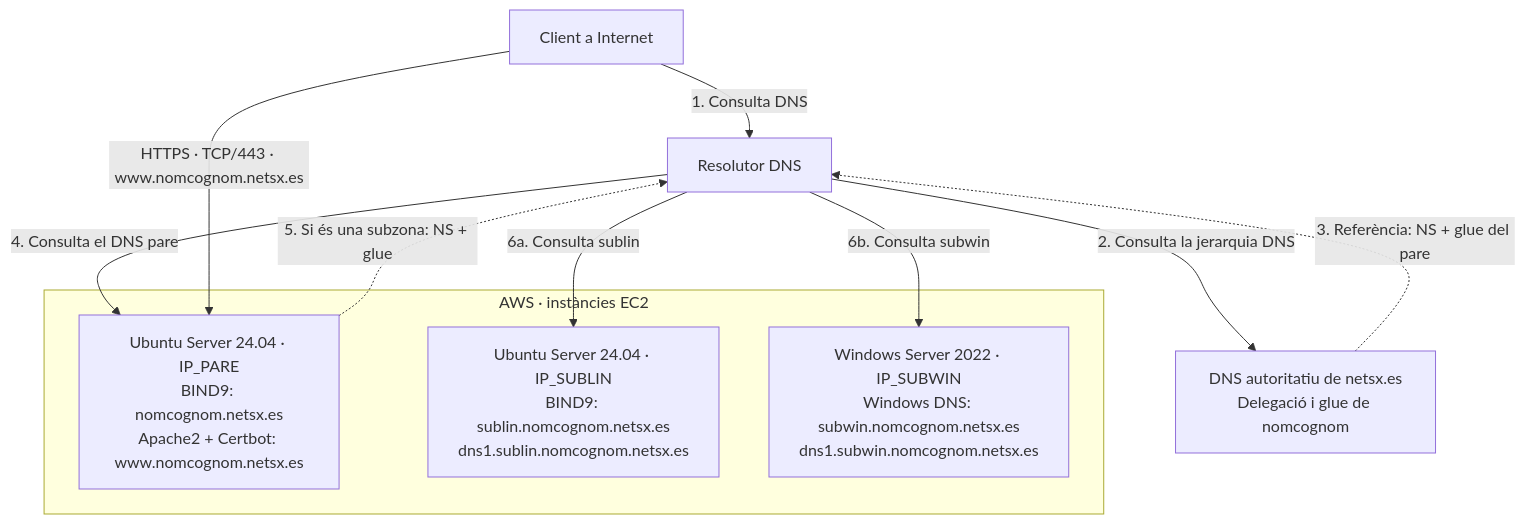
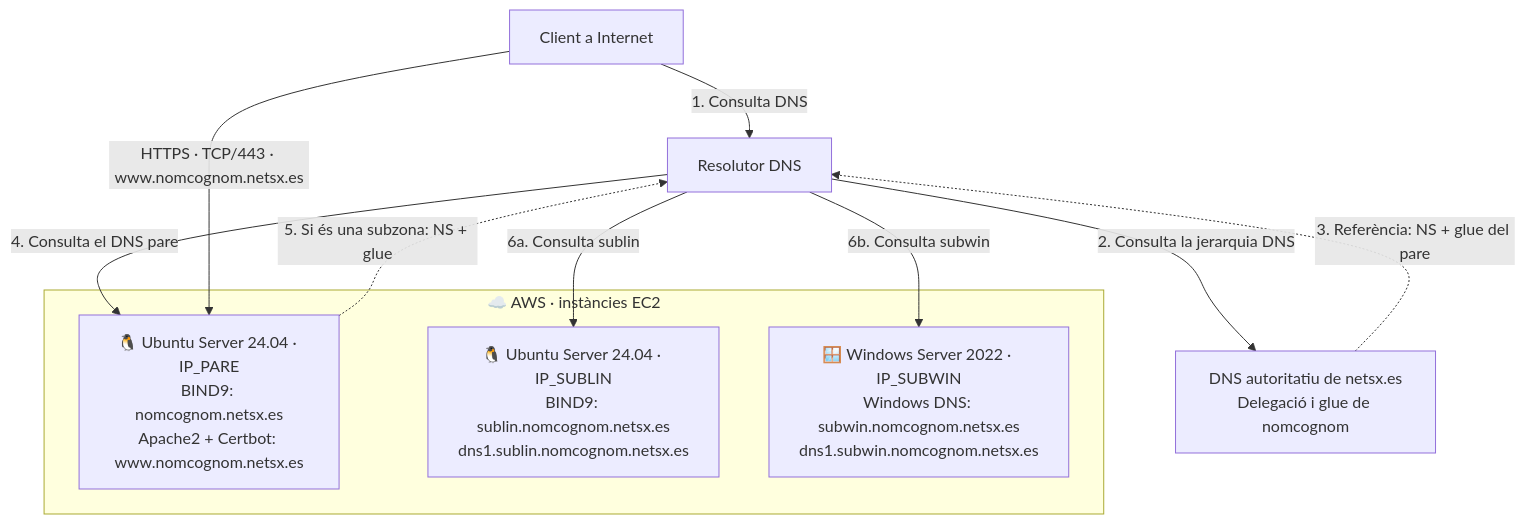
Before and after one commit to cipfpbatoi/mkdocs-sx: the diagram in content/dns/practiques/aa-q.3.3-infraestructura-dns-publica-subzones-i-web-https.md, drawn with Mermaid.

Commit message:
Afig icones a l’esquema de DNS

````diff
--- a/content/dns/practiques/aa-q.3.3-infraestructura-dns-publica-subzones-i-web-https.md
+++ b/content/dns/practiques/aa-q.3.3-infraestructura-dns-publica-subzones-i-web-https.md
@@ -27,21 +27,21 @@
 ```mermaid
 flowchart TB
     client["Client a Internet"]
     resolver["Resolutor DNS"]
     netsx["DNS autoritatiu de netsx.es<br/>Delegació i glue de nomcognom"]
 
-    subgraph aws["AWS · instàncies EC2"]
-        pare["Ubuntu Server 24.04 · IP_PARE<br/>BIND9: nomcognom.netsx.es<br/>Apache2 + Certbot: www.nomcognom.netsx.es"]
-        linux["Ubuntu Server 24.04 · IP_SUBLIN<br/>BIND9: sublin.nomcognom.netsx.es<br/>dns1.sublin.nomcognom.netsx.es"]
-        windows["Windows Server 2022 · IP_SUBWIN<br/>Windows DNS: subwin.nomcognom.netsx.es<br/>dns1.subwin.nomcognom.netsx.es"]
+    subgraph aws["☁️ AWS · instàncies EC2"]
+        pare["🐧 Ubuntu Server 24.04 · IP_PARE<br/>BIND9: nomcognom.netsx.es<br/>Apache2 + Certbot: www.nomcognom.netsx.es"]
+        linux["🐧 Ubuntu Server 24.04 · IP_SUBLIN<br/>BIND9: sublin.nomcognom.netsx.es<br/>dns1.sublin.nomcognom.netsx.es"]
+        windows["🪟 Windows Server 2022 · IP_SUBWIN<br/>Windows DNS: subwin.nomcognom.netsx.es<br/>dns1.subwin.nomcognom.netsx.es"]
     end
 
     client -->|"1. Consulta DNS"| resolver
     resolver -->|"2. Consulta la jerarquia DNS"| netsx
     netsx -. "3. Referència: NS + glue del pare" .-> resolver
     resolver -->|"4. Consulta el DNS pare"| pare
     pare -. "5. Si és una subzona: NS + glue" .-> resolver
     resolver -->|"6a. Consulta sublin"| linux
     resolver -->|"6b. Consulta subwin"| windows
     client -->|"HTTPS · TCP/443 · www.nomcognom.netsx.es"| pare
 ```
````
